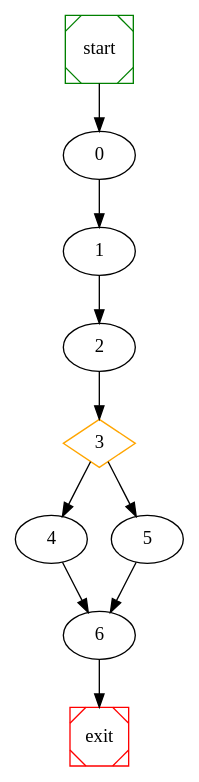
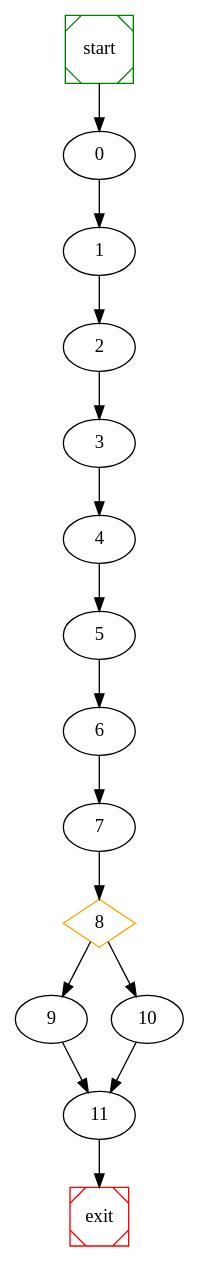
Before and after one commit to NabeelQaiser/BTP_2k18-19: the diagram in wpc/raw_graph.dot, drawn with Graphviz. The commit also changed 43 other files, not shown here.

```diff
--- a/wpc/raw_graph.dot
+++ b/wpc/raw_graph.dot
@@ -1,17 +1,22 @@
 # dot file created at runtime
 
 digraph G {
 	start -> 0;
 	0 -> 1 ;
 	1 -> 2 ;
-	3 [shape=diamond, color=orange] ;
+	2 -> 3 ;
 	3 -> 4 ;
-	3 -> 5 ;
-	2 -> 3 ;
+	4 -> 5 ;
 	5 -> 6 ;
-	4 -> 6 ;
-	6 -> exit;
+	6 -> 7 ;
+	8 [shape=diamond, color=orange] ;
+	8 -> 9 ;
+	8 -> 10 ;
+	7 -> 8 ;
+	9 -> 11 ;
+	10 -> 11 ;
+	11 -> exit;
 
 	start [shape=Msquare, color=green];
 	exit [shape=Msquare, color=red];
 }
```
